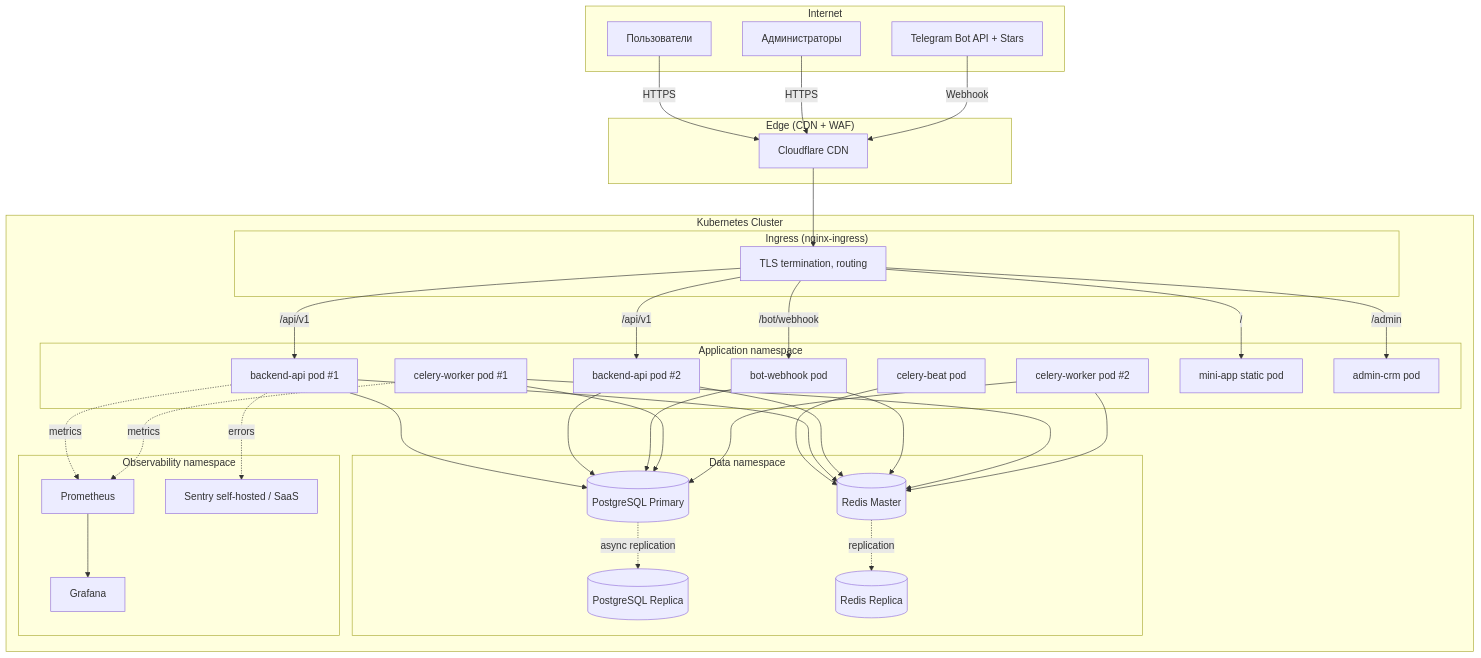
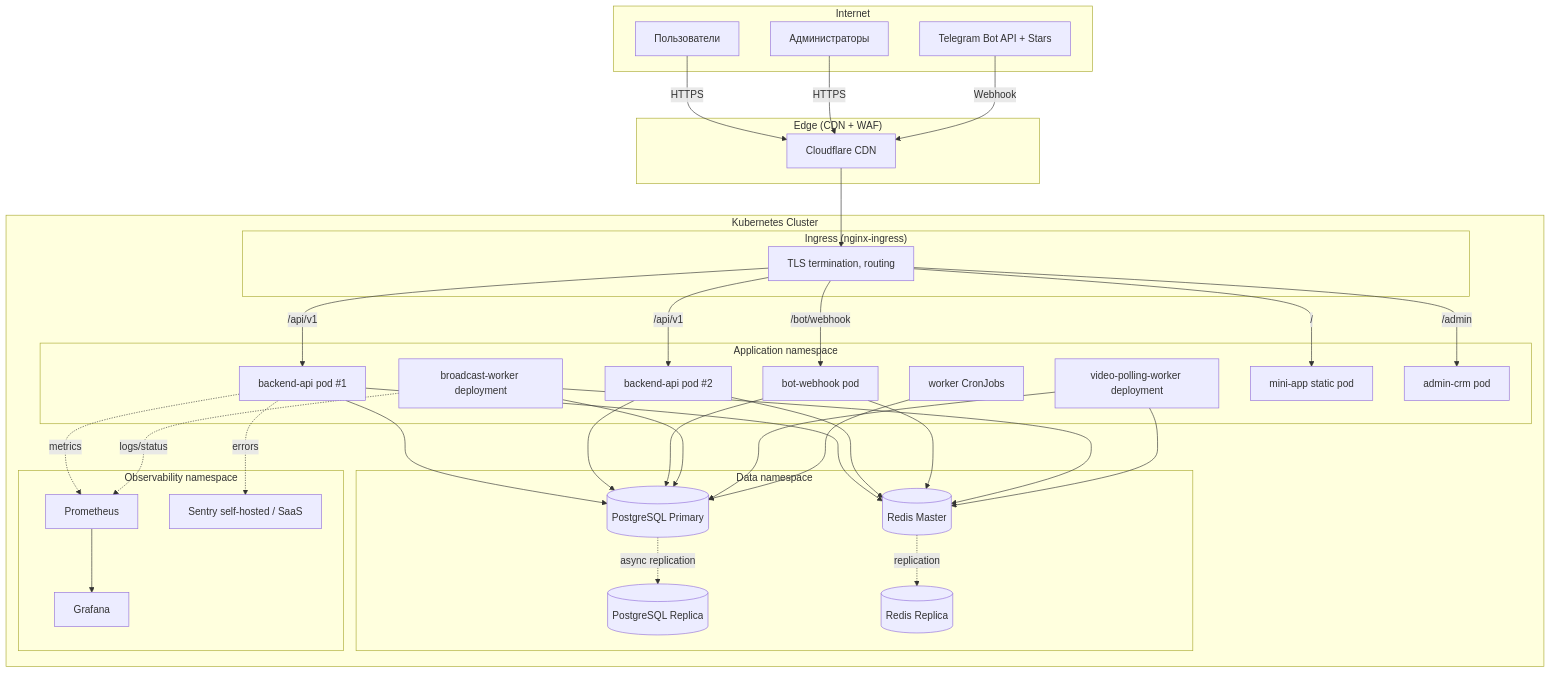
The diagram in docs/architecture/diagrams/deployment.md (labtgbot/telegram-ai-agent), drawn with Mermaid before and after one commit. The commit also changed other lines of this file and 26 other files, not shown here.

````diff
--- a/docs/architecture/diagrams/deployment.md
+++ b/docs/architecture/diagrams/deployment.md
@@ -5,74 +5,74 @@
 ```mermaid
 flowchart TB
     subgraph Internet
         TG[Telegram Bot API + Stars]
         USER[Пользователи]
         ADMIN[Администраторы]
     end
 
     subgraph Edge["Edge (CDN + WAF)"]
         CDN[Cloudflare CDN]
     end
 
     subgraph K8S["Kubernetes Cluster"]
         subgraph Ingress["Ingress (nginx-ingress)"]
             ING[TLS termination, routing]
         end
 
         subgraph App["Application namespace"]
             API1[backend-api pod #1]
             API2[backend-api pod #2]
             BOT[bot-webhook pod]
-            W1[celery-worker pod #1]
-            W2[celery-worker pod #2]
-            BEAT[celery-beat pod]
+            BW[broadcast-worker deployment]
+            VW[video-polling-worker deployment]
+            CRON[worker CronJobs]
             MINI[mini-app static pod]
             CRM[admin-crm pod]
         end
 
         subgraph Data["Data namespace"]
             PG[(PostgreSQL Primary)]
             PG_R[(PostgreSQL Replica)]
             REDIS[(Redis Master)]
             REDIS_R[(Redis Replica)]
         end
 
         subgraph Obs["Observability namespace"]
             PROM[Prometheus]
             GRAF[Grafana]
             SENTRY[Sentry self-hosted / SaaS]
         end
     end
 
     USER -->|HTTPS| CDN
     ADMIN -->|HTTPS| CDN
     TG -->|Webhook| CDN
 
     CDN --> ING
     ING -->|/api/v1| API1
     ING -->|/api/v1| API2
     ING -->|/bot/webhook| BOT
     ING -->|/| MINI
     ING -->|/admin| CRM
 
     API1 --> PG
     API2 --> PG
     BOT --> PG
-    W1 --> PG
-    W2 --> PG
-    BEAT --> REDIS
+    BW --> PG
+    VW --> PG
+    CRON --> PG
 
     API1 --> REDIS
     API2 --> REDIS
     BOT --> REDIS
-    W1 --> REDIS
-    W2 --> REDIS
+    BW --> REDIS
+    VW --> REDIS
 
     PG -. async replication .-> PG_R
     REDIS -. replication .-> REDIS_R
 
     API1 -.metrics.-> PROM
-    W1 -.metrics.-> PROM
+    BW -.logs/status.-> PROM
     PROM --> GRAF
     API1 -.errors.-> SENTRY
 ```
````
